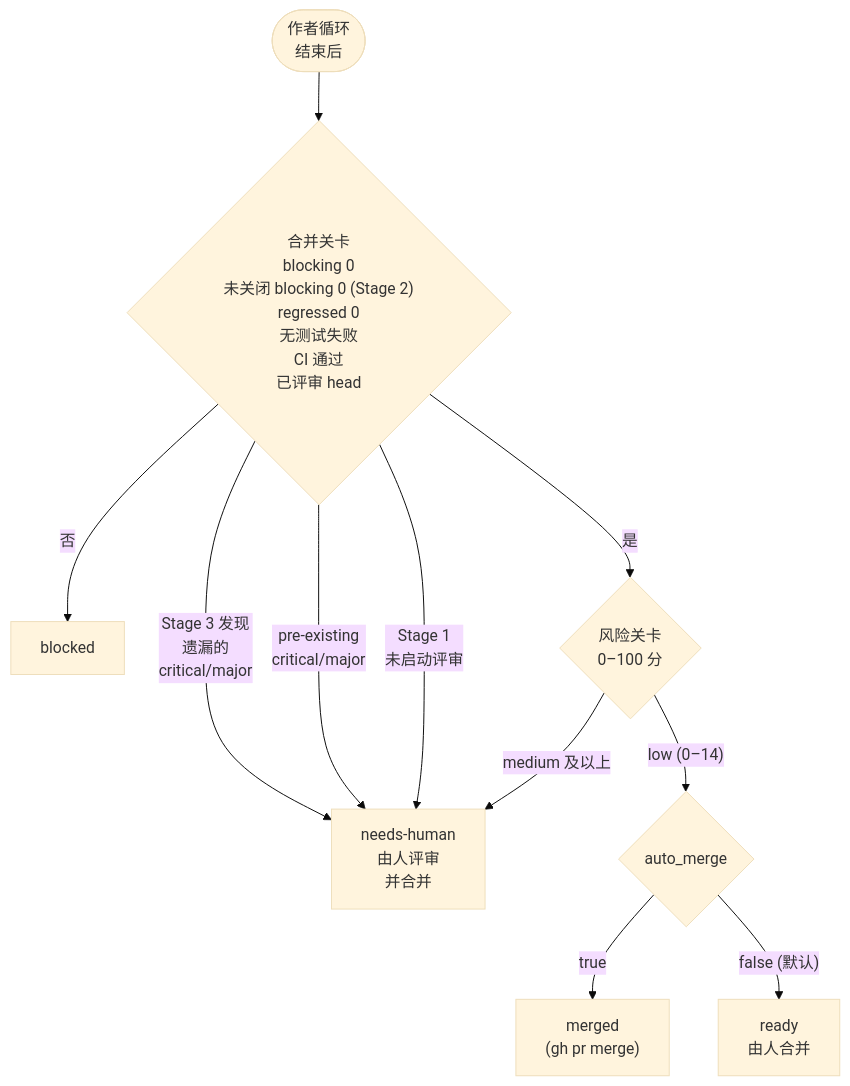
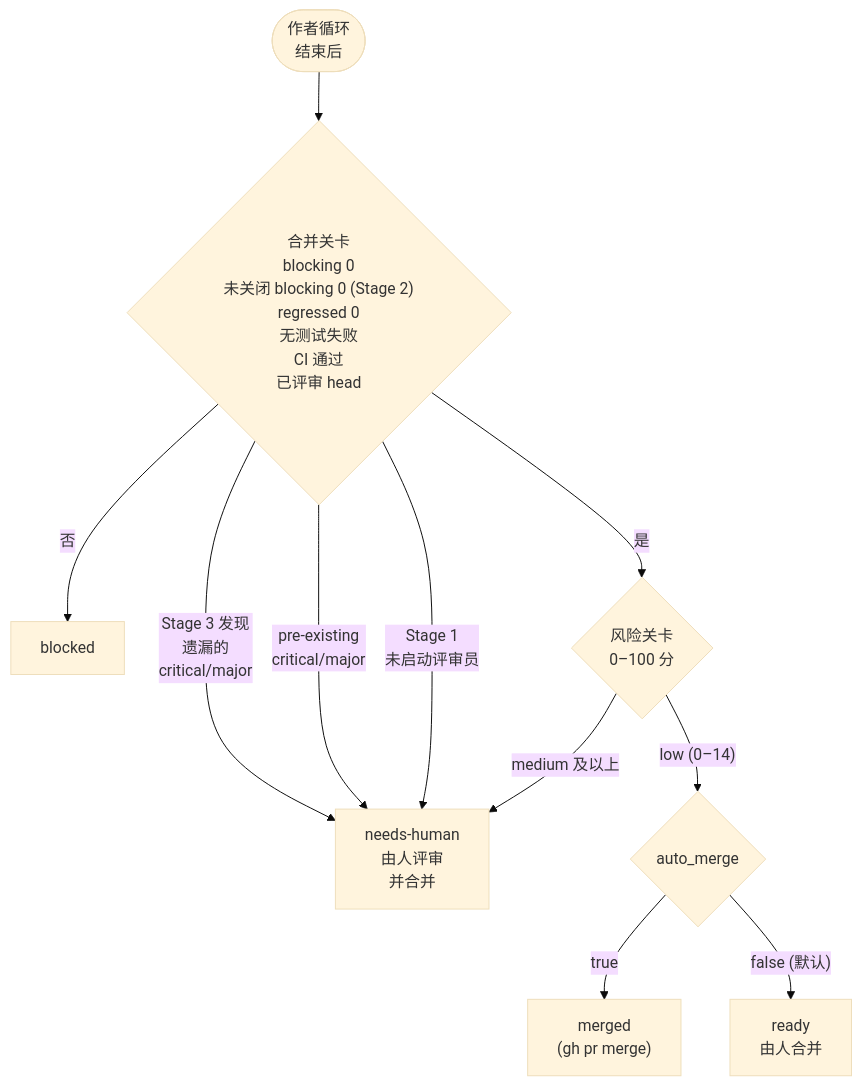
Before and after one commit to thswlsqls/pr-quorum: the fourth of 5 diagrams in README.zh-CN.md, drawn with Mermaid (base theme). The commit also changed 3 other files, not shown here.

````diff
--- a/README.zh-CN.md
+++ b/README.zh-CN.md
@@ -111,13 +111,13 @@
 ```mermaid
 flowchart TD
   G(["作者循环<br/>结束后"]) --> MG{"合并关卡<br/>blocking 0<br/>未关闭 blocking 0 (Stage 2)<br/>regressed 0<br/>无测试失败<br/>CI 通过<br/>已评审 head"}
   MG -- "否" --> B[blocked]
   MG -- "Stage 3 发现<br/>遗漏的<br/>critical/major" --> H
   MG -- "pre-existing<br/>critical/major" --> H
-  MG -- "Stage 1<br/>未启动评审" --> H
+  MG -- "Stage 1<br/>未启动评审员" --> H
   MG -- "是" --> RG{"风险关卡<br/>0–100 分"}
   RG -- "low (0–14)" --> A{"auto_merge"}
   A -- true --> M["merged<br/>(gh pr merge)"]
   A -- "false (默认)" --> R["ready<br/>由人合并"]
   RG -- "medium 及以上" --> H["needs-human<br/>由人评审<br/>并合并"]
 ```
````
